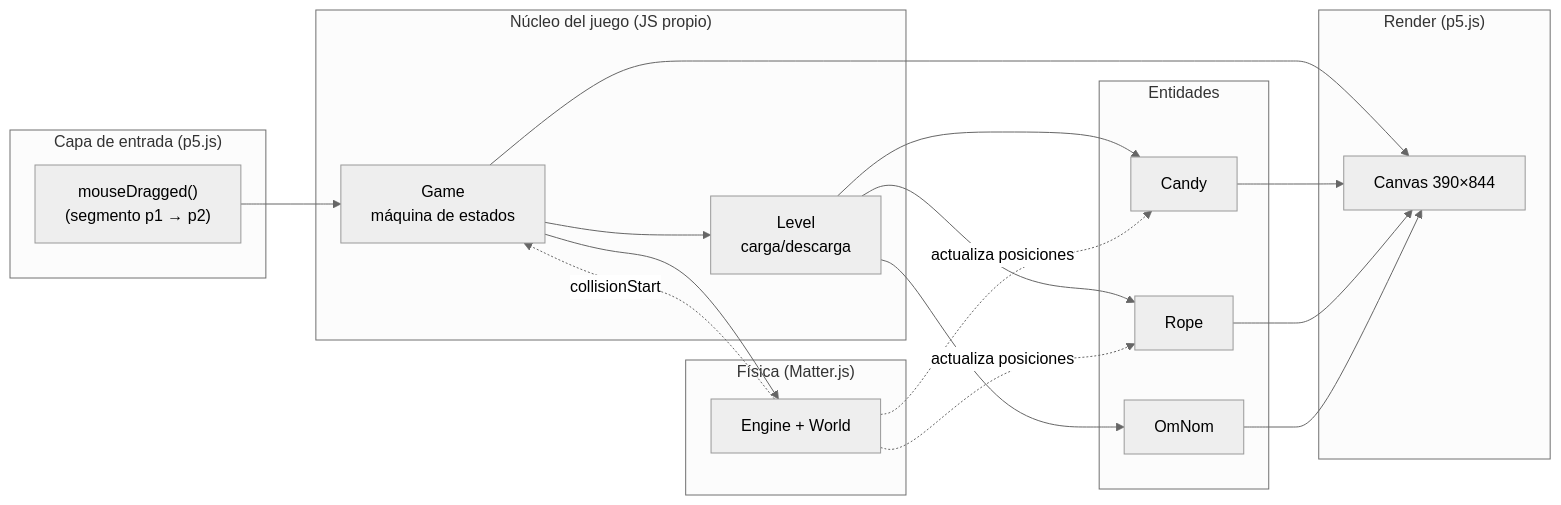
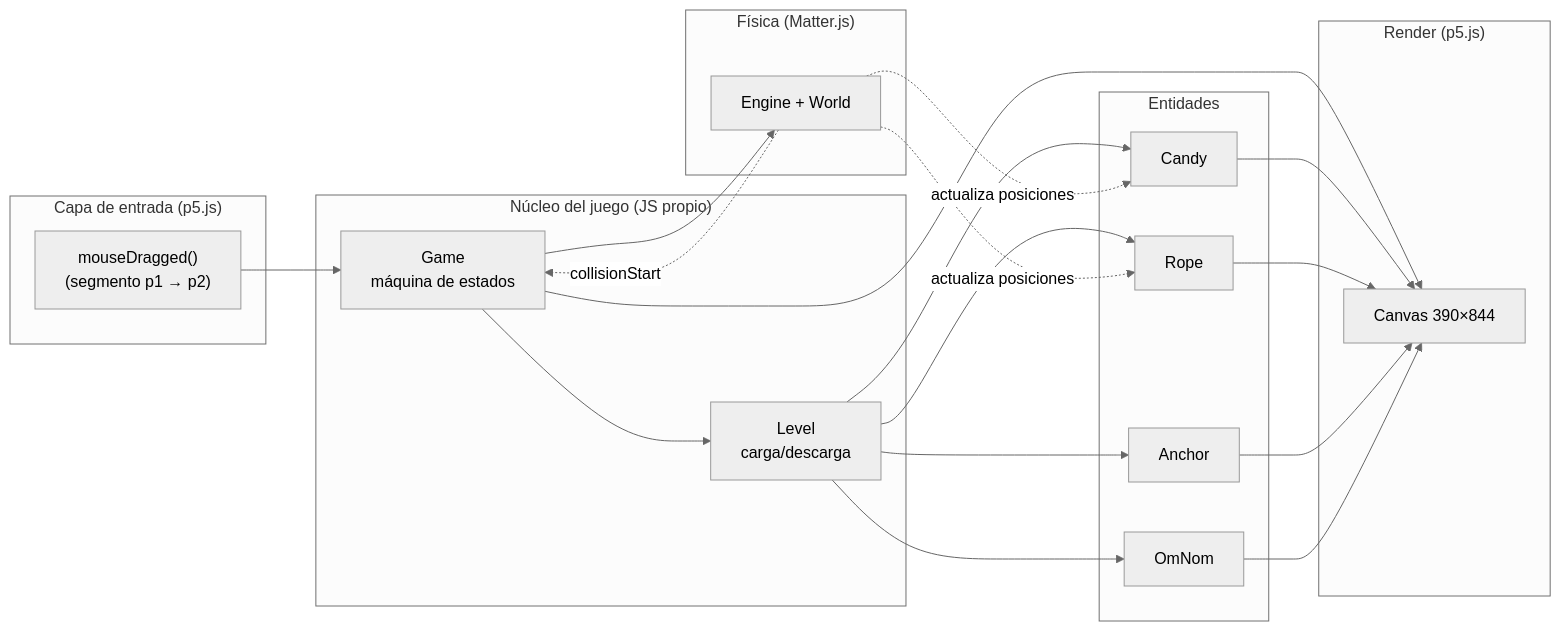
Before and after one commit to ShryhakAkizuki/Cut_The_Rope-Visual_Computing_2026-II: the first of 5 diagrams in docs/arquitectura-mvp.md, drawn with Mermaid (neutral theme). The commit also changed other lines of this file and 5 other files, not shown here.

````diff
--- a/docs/arquitectura-mvp.md
+++ b/docs/arquitectura-mvp.md
@@ -32,39 +33,42 @@
 ```mermaid
 flowchart LR
     subgraph INPUT["Capa de entrada (p5.js)"]
         M["mouseDragged()<br/>(segmento p1 → p2)"]
     end
 
     subgraph CORE["Núcleo del juego (JS propio)"]
         G["Game<br/>máquina de estados"]
         L["Level<br/>carga/descarga"]
     end
 
     subgraph ENT["Entidades"]
         C["Candy"]
+        A["Anchor"]
         R["Rope"]
         MO["OmNom"]
     end
 
     subgraph PHYS["Física (Matter.js)"]
         E["Engine + World"]
     end
 
     subgraph RENDER["Render (p5.js)"]
         CV["Canvas 390×844"]
     end
 
     M --> G
     G --> L
     L --> C
+    L --> A
     L --> R
     L --> MO
     G --> E
     E -. "actualiza posiciones" .-> R
     E -. "actualiza posiciones" .-> C
     E -. "collisionStart" .-> G
     G --> CV
     C --> CV
     R --> CV
+    A --> CV
     MO --> CV
 ```
````
